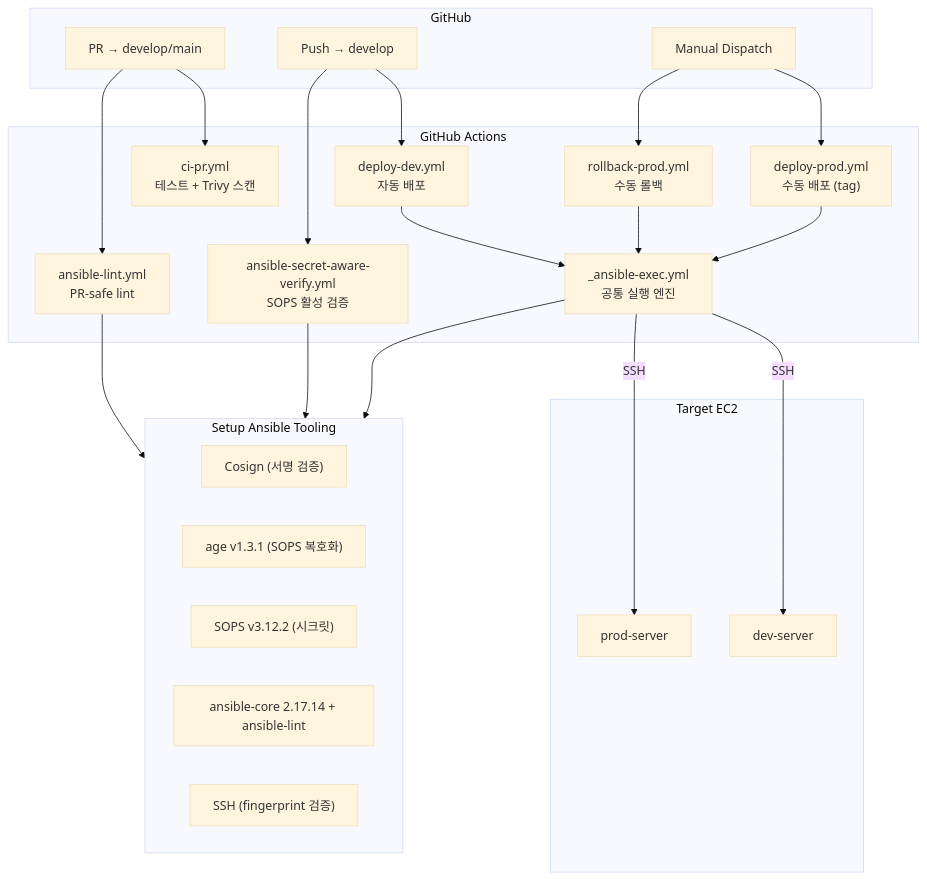
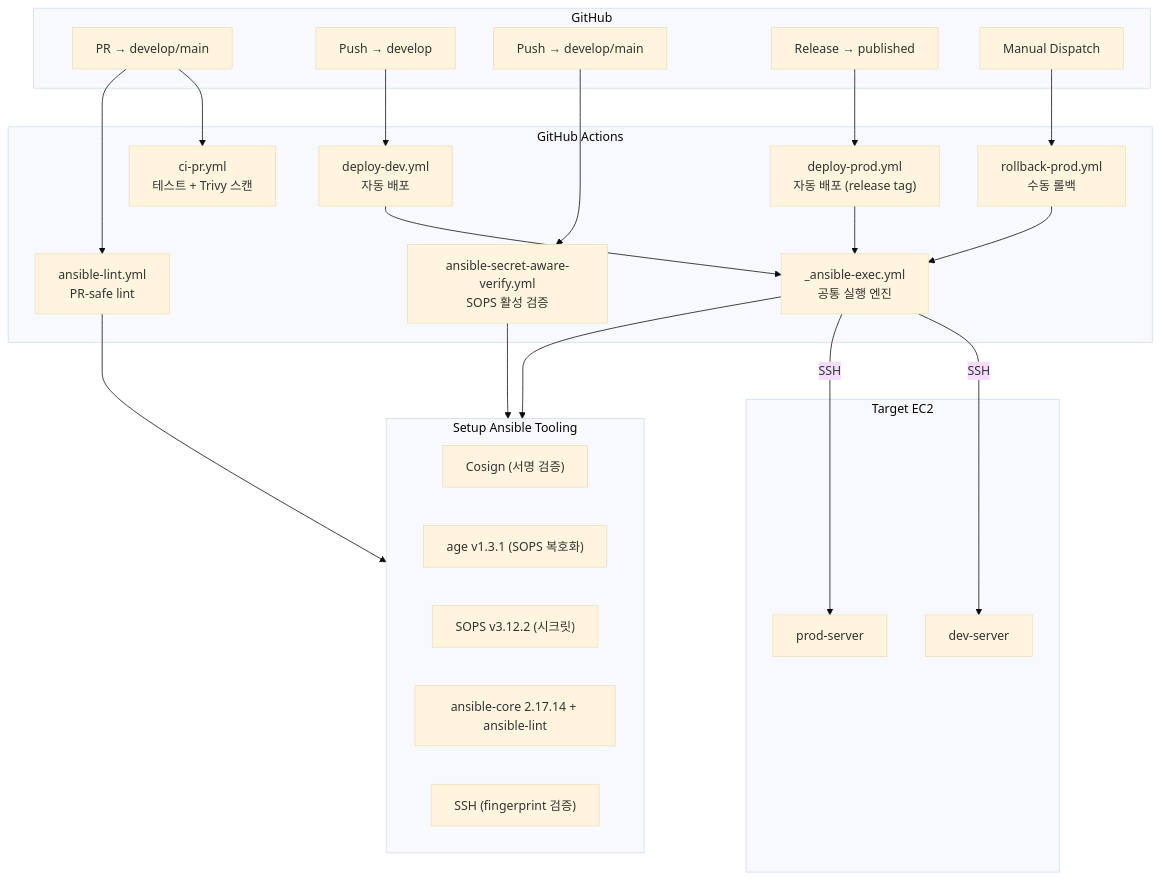
One commit to TEAM-BEAT/BEAT-SERVER changed the first of 10 diagrams in infra/README.md. Above: the diagram before and after it, drawn with Mermaid (base theme). The commit also changed other lines of this file and 14 other files, not shown here.

````diff
--- a/infra/README.md
+++ b/infra/README.md
@@ -88,46 +88,48 @@
 ```mermaid
 flowchart TB
     subgraph GitHub["GitHub"]
         PR["PR → develop/main"]
-        Push["Push → develop"]
+        PushDevelop["Push → develop"]
+        PushProtected["Push → develop/main"]
+        ReleasePublished["Release → published"]
         Dispatch["Manual Dispatch"]
     end
 
     subgraph Workflows["GitHub Actions"]
         CIPR["ci-pr.yml<br/>테스트 + Trivy 스캔"]
         AnsibleLint["ansible-lint.yml<br/>PR-safe lint"]
         SecretAware["ansible-secret-aware-verify.yml<br/>SOPS 활성 검증"]
         DeployDev["deploy-dev.yml<br/>자동 배포"]
-        DeployProd["deploy-prod.yml<br/>수동 배포 (tag)"]
+        DeployProd["deploy-prod.yml<br/>자동 배포 (release tag)"]
         RollbackProd["rollback-prod.yml<br/>수동 롤백"]
         AnsibleExec["_ansible-exec.yml<br/>공통 실행 엔진"]
     end
 
     subgraph Tooling["Setup Ansible Tooling"]
         Cosign["Cosign (서명 검증)"]
         Age["age v1.3.1 (SOPS 복호화)"]
         SOPS["SOPS v3.12.2 (시크릿)"]
         Ansible["ansible-core 2.17.14 + ansible-lint"]
         SSH["SSH (fingerprint 검증)"]
     end
 
     subgraph Server["Target EC2"]
         DevServer["dev-server"]
         ProdServer["prod-server"]
     end
 
     PR --> CIPR
     PR --> AnsibleLint
-    Push --> DeployDev
-    Push --> SecretAware
-    Dispatch --> DeployProd
+    PushDevelop --> DeployDev
+    PushProtected --> SecretAware
+    ReleasePublished --> DeployProd
     Dispatch --> RollbackProd
     DeployDev --> AnsibleExec
     DeployProd --> AnsibleExec
     RollbackProd --> AnsibleExec
     AnsibleLint --> Tooling
     SecretAware --> Tooling
     AnsibleExec --> Tooling
     AnsibleExec -->|"SSH"| DevServer
     AnsibleExec -->|"SSH"| ProdServer
 ```
````
